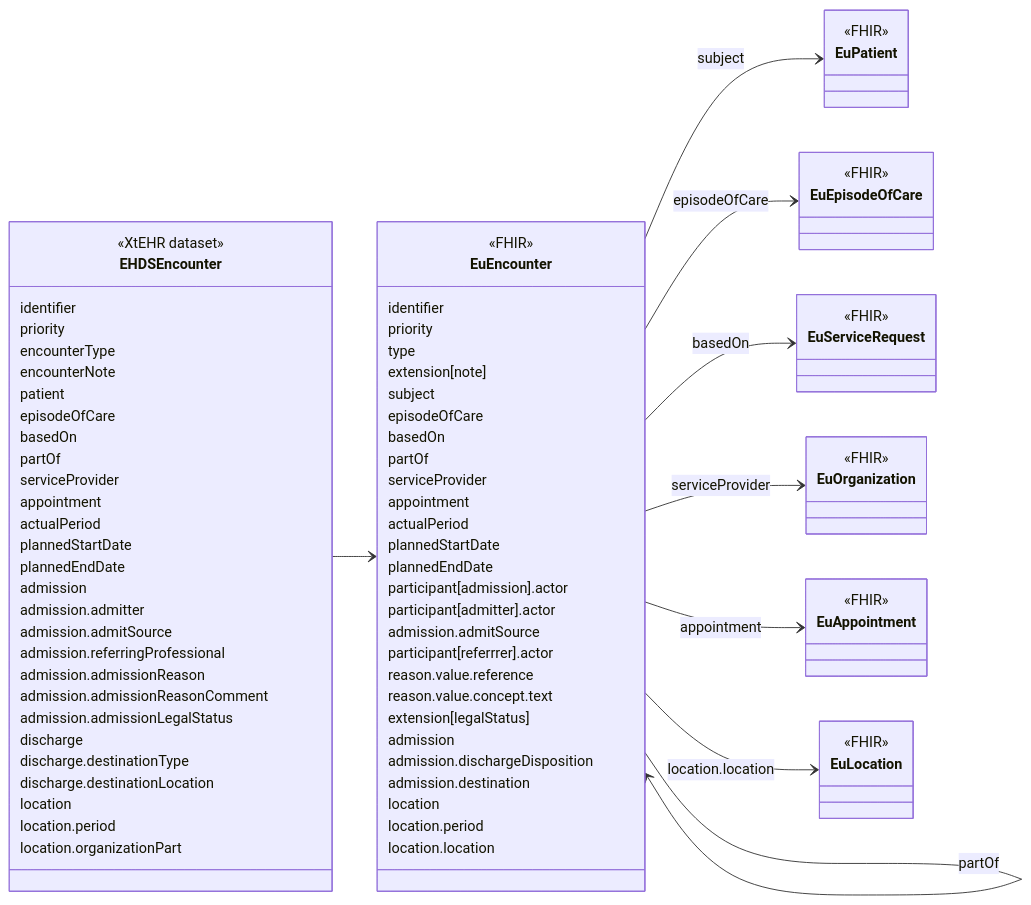
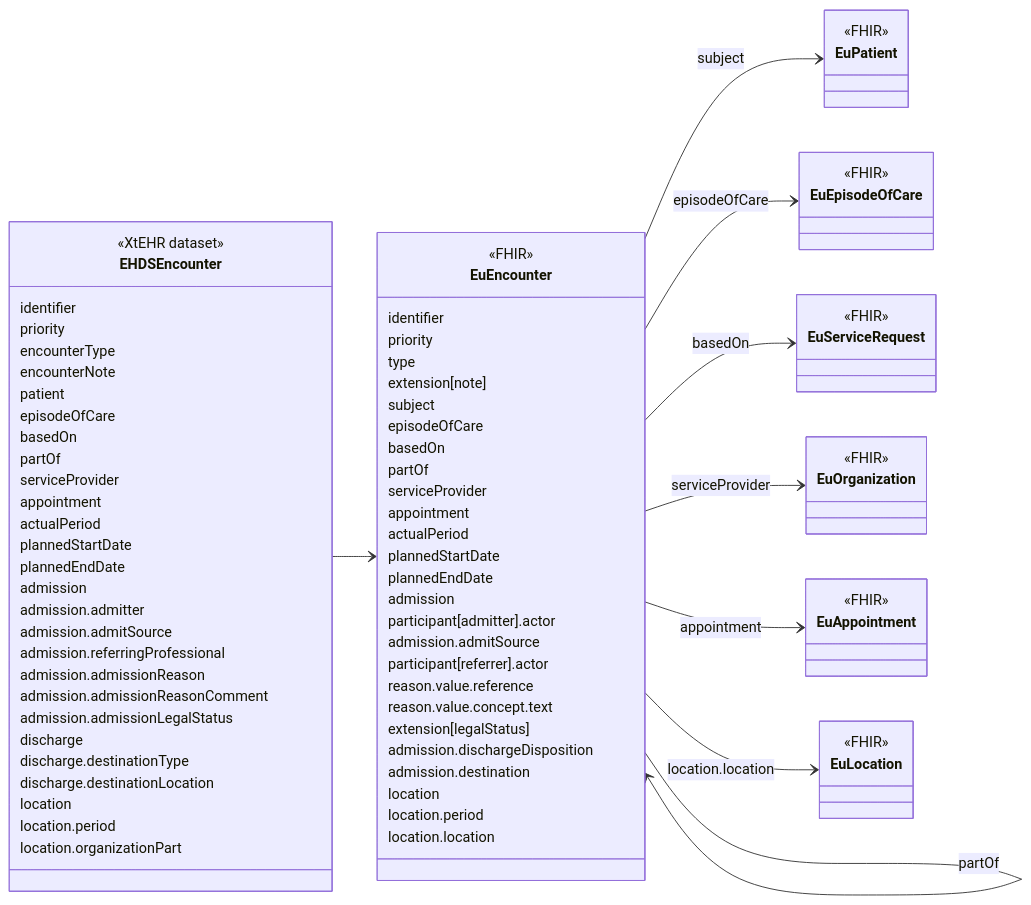
One commit to oijauregui/ehdsimaging changed the diagram in input/intro-notes/ConceptMap-EHDSEncounterMap-intro.md. Above: the diagram before and after it, drawn with Mermaid. The commit also changed 23 other files, not shown here.

```diff
--- a/input/intro-notes/ConceptMap-EHDSEncounterMap-intro.md
+++ b/input/intro-notes/ConceptMap-EHDSEncounterMap-intro.md
@@ -50,14 +50,13 @@
   actualPeriod
   plannedStartDate
   plannedEndDate
-  participant[admission].actor
+  admission
   participant[admitter].actor
   admission.admitSource
-  participant[referrrer].actor
+  participant[referrer].actor
   reason.value.reference
   reason.value.concept.text
   extension[legalStatus]
-  admission
   admission.dischargeDisposition
   admission.destination
   location
```
